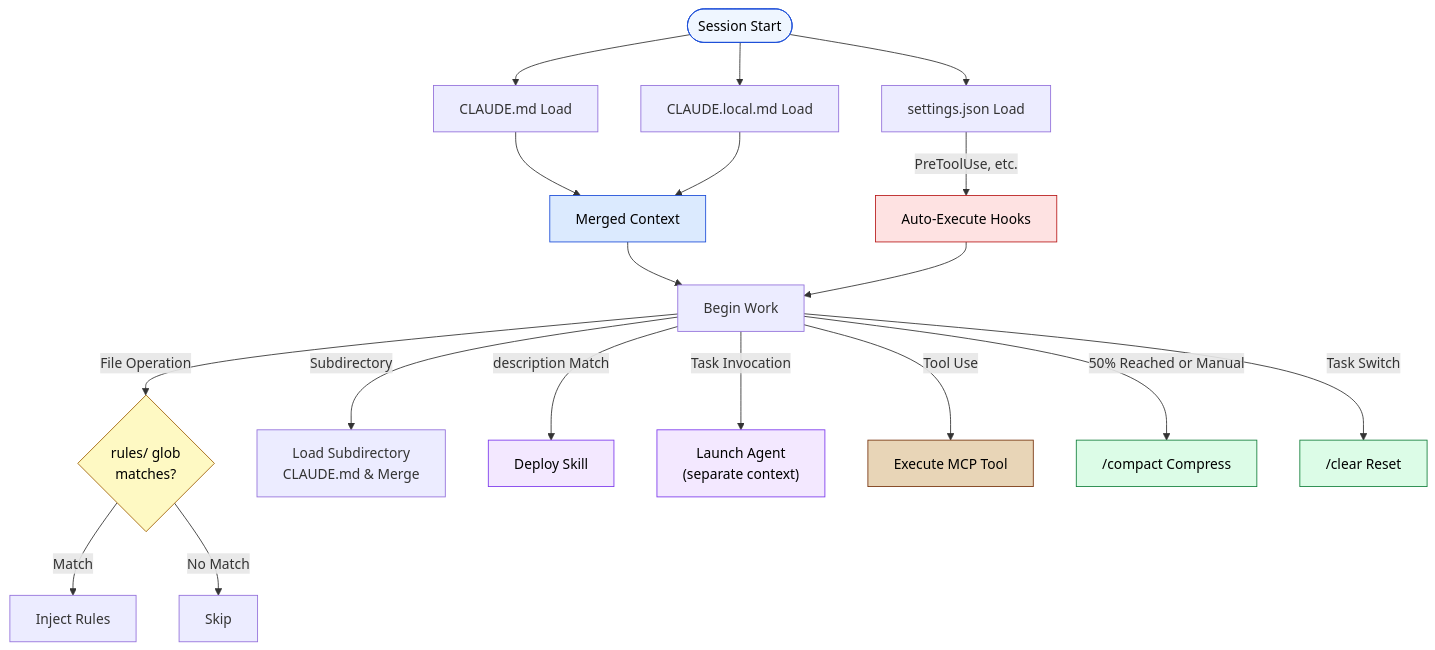
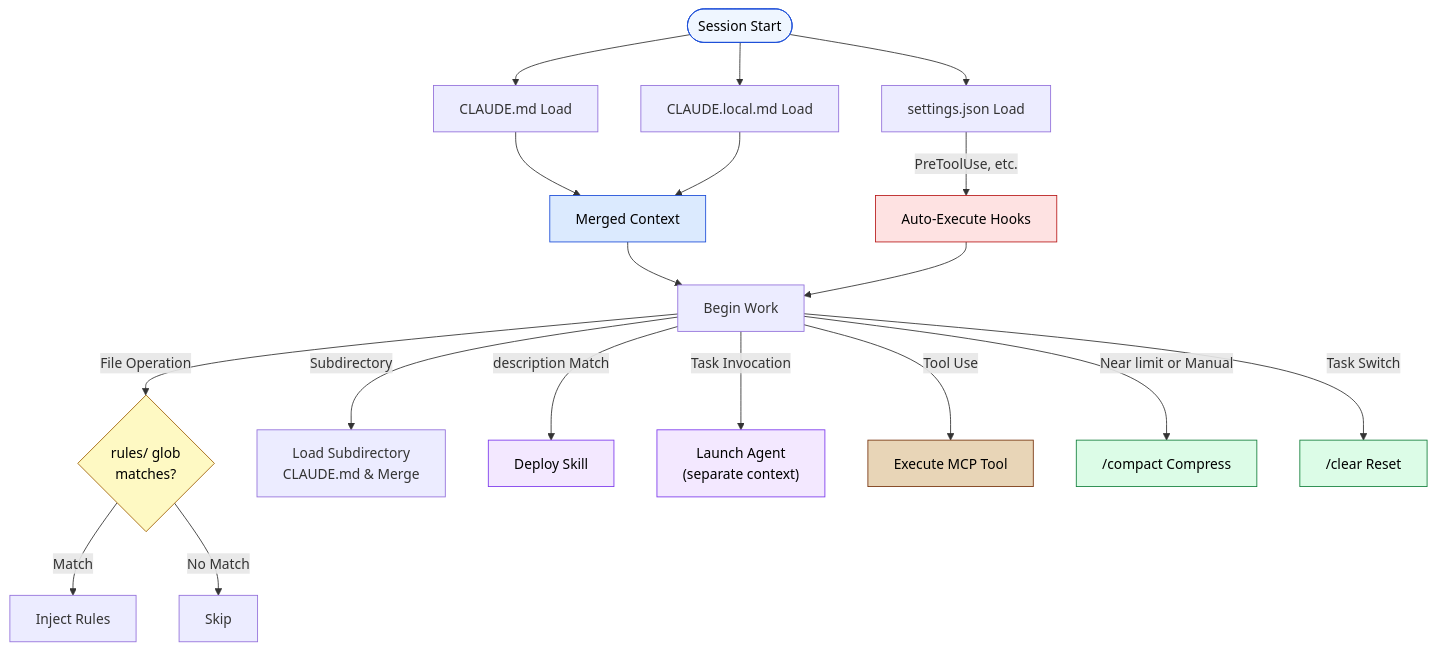
Before and after one commit to shuji-bonji/understanding-llm-through-claude-code: the diagram in docs/appendix/claude-code-config-reference.md, drawn with Mermaid. The commit also changed other lines of this file and 1 other file, not shown here.

````diff
--- a/docs/appendix/claude-code-config-reference.md
+++ b/docs/appendix/claude-code-config-reference.md
@@ -793,38 +801,38 @@
 ```mermaid
 graph TD
     START(["Session Start"]) --> CM["CLAUDE.md Load"]
     START --> CL["CLAUDE.local.md Load"]
     START --> ST["settings.json Load"]
 
     CM --> MERGE["Merged Context"]
     CL --> MERGE
 
     MERGE --> WORK["Begin Work"]
 
     WORK -->|File Operation| RULE{"rules/ glob<br/>matches?"}
     RULE -->|Match| INJECT["Inject Rules"]
     RULE -->|No Match| SKIP["Skip"]
 
     WORK -->|Subdirectory| SUB["Load Subdirectory<br/>CLAUDE.md & Merge"]
 
     WORK -->|description Match| SKILL["Deploy Skill"]
     WORK -->|Task Invocation| AGENT["Launch Agent<br/>(separate context)"]
 
     WORK -->|Tool Use| MCP["Execute MCP Tool"]
 
     ST -->|PreToolUse, etc.| HOOK["Auto-Execute Hooks"]
     HOOK --> WORK
 
-    WORK -->|50% Reached or Manual| COMPACT["/compact Compress"]
+    WORK -->|Near limit or Manual| COMPACT["/compact Compress"]
     WORK -->|Task Switch| CLEAR["/clear Reset"]
 
     style START fill:#eff6ff,stroke:#1d4ed8,color:#000
     style MERGE fill:#dbeafe,stroke:#1d4ed8,color:#000
     style RULE fill:#fef9c3,stroke:#a16207,color:#000
     style SKILL fill:#f3e8ff,stroke:#7c3aed,color:#000
     style AGENT fill:#f3e8ff,stroke:#7c3aed,color:#000
     style MCP fill:#e8d5b7,stroke:#78350f,color:#000
     style HOOK fill:#fee2e2,stroke:#b91c1c,color:#000
     style COMPACT fill:#dcfce7,stroke:#15803d,color:#000
     style CLEAR fill:#dcfce7,stroke:#15803d,color:#000
 ```
````
